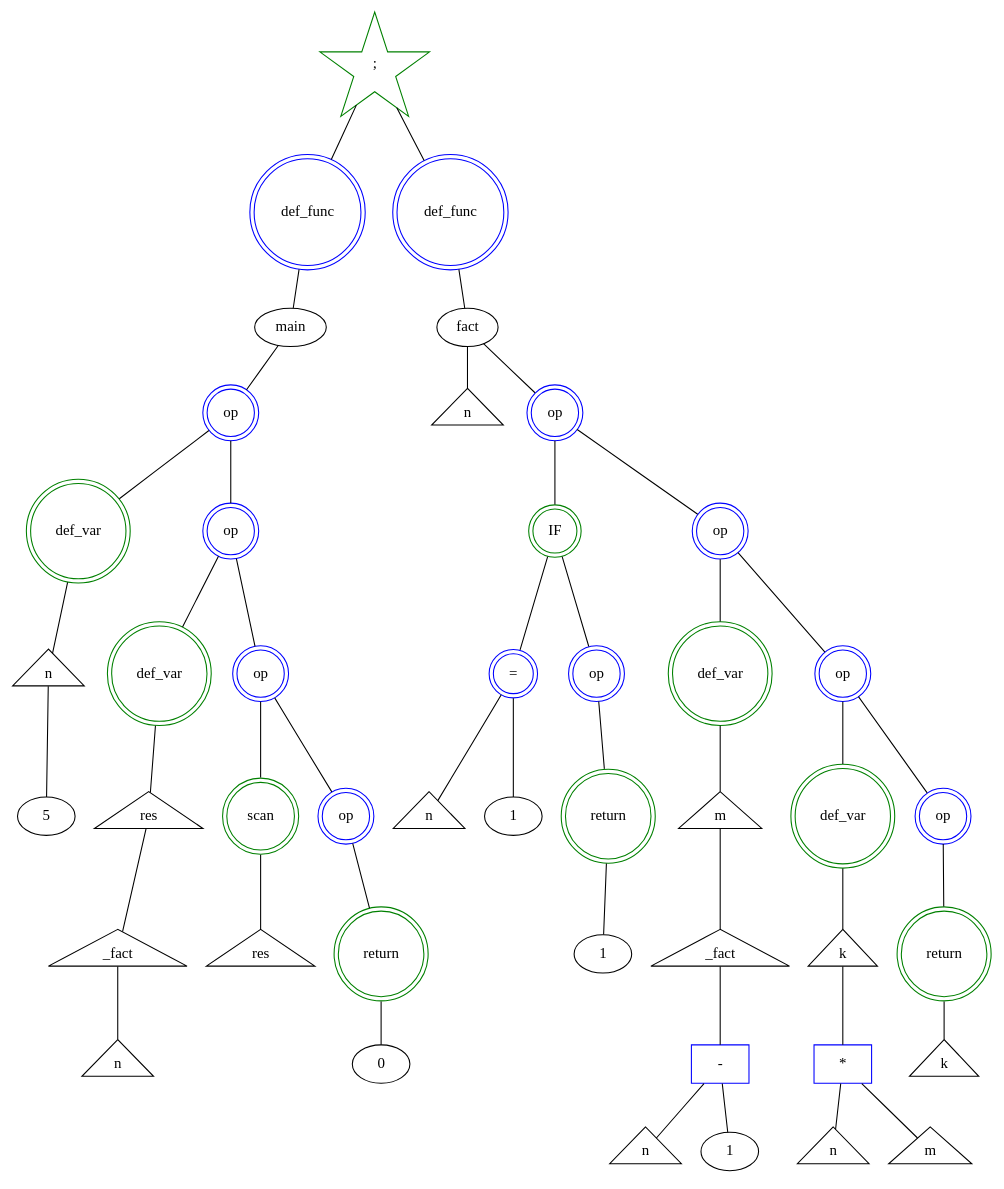
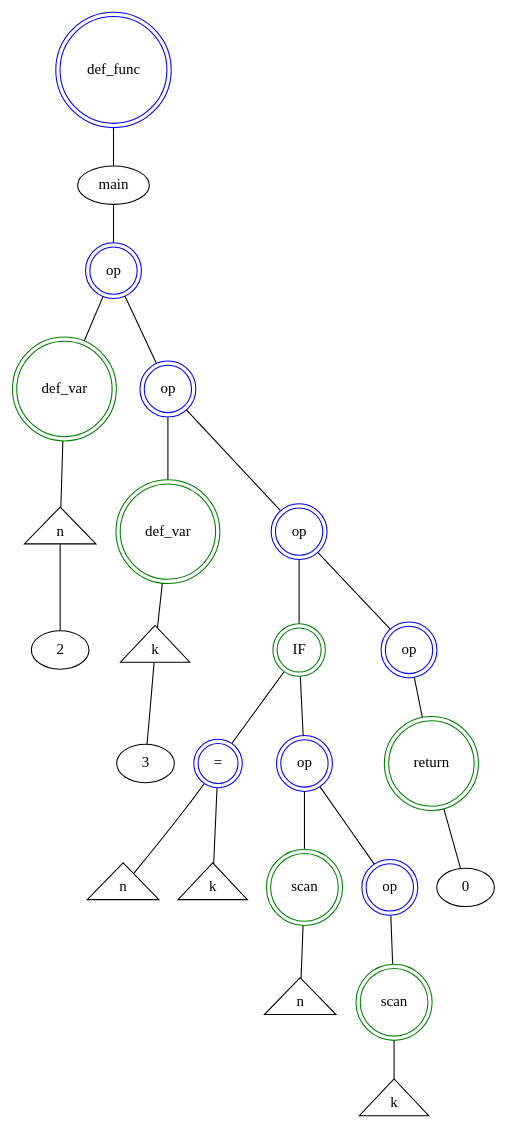
Before and after one commit to vvdvortsova/the_cure_language: the diagram in gr1.dot, drawn with Graphviz. The commit also changed 6 other files, not shown here.

```diff
--- a/gr1.dot
+++ b/gr1.dot
@@ -1,97 +1,49 @@
 graph astdump {
-_0P[shape=star, color=green,label=";"]
-_0P -- _21DF;
-_21DF[shape=doublecircle, color=blue,label="def_func"]
-_0P -- _49DF;
-_49DF[shape=doublecircle, color=blue,label="def_func"]
-_21DF[shape=doublecircle, color=blue,label="def_func"]
-_21DF -- _20FN;
-_20FN [label="main"]
-_20FN -- _4OP;
+_32DF[shape=doublecircle, color=blue,label="def_func"]
+_32DF -- _31FN;
+_31FN [label="main"]
+_31FN -- _4OP;
 _4OP[shape=doublecircle, color=blue,label="op"]
 _4OP -- _0SO;
 _4OP -- _9OP;
 _0SO[shape=doublecircle, color=green,label="def_var"]
 _0SO -- _6V;
 _6V [shape=triangle,label="n"]
-_6V -- _8N5;
-_8N5 [label="5"]
+_6V -- _8N2;
+_8N2 [label="2"]
 _9OP[shape=doublecircle, color=blue,label="op"]
 _9OP -- _5SO;
-_9OP -- _14OP;
+_9OP -- _25OP;
 _5SO[shape=doublecircle, color=green,label="def_var"]
 _5SO -- _11V;
-_11V [shape=triangle,label="res"]
-_11V -- _13CF;
-_13CF [shape=triangle,label="_fact"]
-_13CF [shape=triangle,label="_fact"]
-_13CF -- _15V;
-_15V [shape=triangle,label="n"]
-_14OP[shape=doublecircle, color=blue,label="op"]
-_14OP -- _10SO;
-_14OP -- _19OP;
-_10SO[shape=doublecircle, color=green,label="scan"]
-_10SO -- _20V;
-_20V [shape=triangle,label="res"]
-_19OP[shape=doublecircle, color=blue,label="op"]
-_19OP -- _15SO;
-_15SO[shape=doublecircle, color=green,label="return"]
-_15SO -- _25N0;
-_25N0 [label="0"]
-_49DF[shape=doublecircle, color=blue,label="def_func"]
-_49DF -- _48FN;
-_48FN [label="fact"]
-_48FN -- _33V;
-_33V [shape=triangle,label="n"]
-_48FN -- _32OP;
-_32OP[shape=doublecircle, color=blue,label="op"]
-_32OP -- _22SO;
-_32OP -- _37OP;
-_22SO[shape=doublecircle, color=green,label="IF"]
-_22SO -- _23BOP;
-_22SO -- _28OP;
-_23BOP[shape=doublecircle, color=blue,label="="]
-_23BOP -- _38V;
-_38V [shape=triangle,label="n"]
-_23BOP -- _40N1;
-_40N1 [label="1"]
-_28OP[shape=doublecircle, color=blue,label="op"]
-_28OP -- _24SO;
-_24SO[shape=doublecircle, color=green,label="return"]
-_24SO -- _44N1;
-_44N1 [label="1"]
-_37OP[shape=doublecircle, color=blue,label="op"]
-_37OP -- _33SO;
-_37OP -- _42OP;
-_33SO[shape=doublecircle, color=green,label="def_var"]
-_33SO -- _49V;
-_49V [shape=triangle,label="m"]
-_49V -- _51CF;
-_51CF [shape=triangle,label="_fact"]
-_51CF [shape=triangle,label="_fact"]
-_51CF -- _56MO1;
-_56MO1 [label="1"]
-_56MO1[shape=box, color=blue,label="-"]
-_56MO1 -- _53V;
-_53V [shape=triangle,label="n"]
-_56MO1 -- _55N1;
-_55N1 [label="1"]
-_42OP[shape=doublecircle, color=blue,label="op"]
-_42OP -- _38SO;
-_42OP -- _47OP;
-_38SO[shape=doublecircle, color=green,label="def_var"]
-_38SO -- _59V;
-_59V [shape=triangle,label="k"]
-_59V -- _64MO3;
-_64MO3 [label="3"]
-_64MO3[shape=box, color=blue,label="*"]
-_64MO3 -- _61V;
-_61V [shape=triangle,label="n"]
-_64MO3 -- _63V;
-_63V [shape=triangle,label="m"]
-_47OP[shape=doublecircle, color=blue,label="op"]
-_47OP -- _43SO;
-_43SO[shape=doublecircle, color=green,label="return"]
-_43SO -- _67V;
-_67V [shape=triangle,label="k"]
+_11V [shape=triangle,label="k"]
+_11V -- _13N3;
+_13N3 [label="3"]
+_25OP[shape=doublecircle, color=blue,label="op"]
+_25OP -- _10SO;
+_25OP -- _30OP;
+_10SO[shape=doublecircle, color=green,label="IF"]
+_10SO -- _11BOP;
+_10SO -- _16OP;
+_11BOP[shape=doublecircle, color=blue,label="="]
+_11BOP -- _17V;
+_17V [shape=triangle,label="n"]
+_11BOP -- _19V;
+_19V [shape=triangle,label="k"]
+_16OP[shape=doublecircle, color=blue,label="op"]
+_16OP -- _12SO;
+_16OP -- _21OP;
+_12SO[shape=doublecircle, color=green,label="scan"]
+_12SO -- _24V;
+_24V [shape=triangle,label="n"]
+_21OP[shape=doublecircle, color=blue,label="op"]
+_21OP -- _17SO;
+_17SO[shape=doublecircle, color=green,label="scan"]
+_17SO -- _29V;
+_29V [shape=triangle,label="k"]
+_30OP[shape=doublecircle, color=blue,label="op"]
+_30OP -- _26SO;
+_26SO[shape=doublecircle, color=green,label="return"]
+_26SO -- _36N0;
+_36N0 [label="0"]
 }
```
